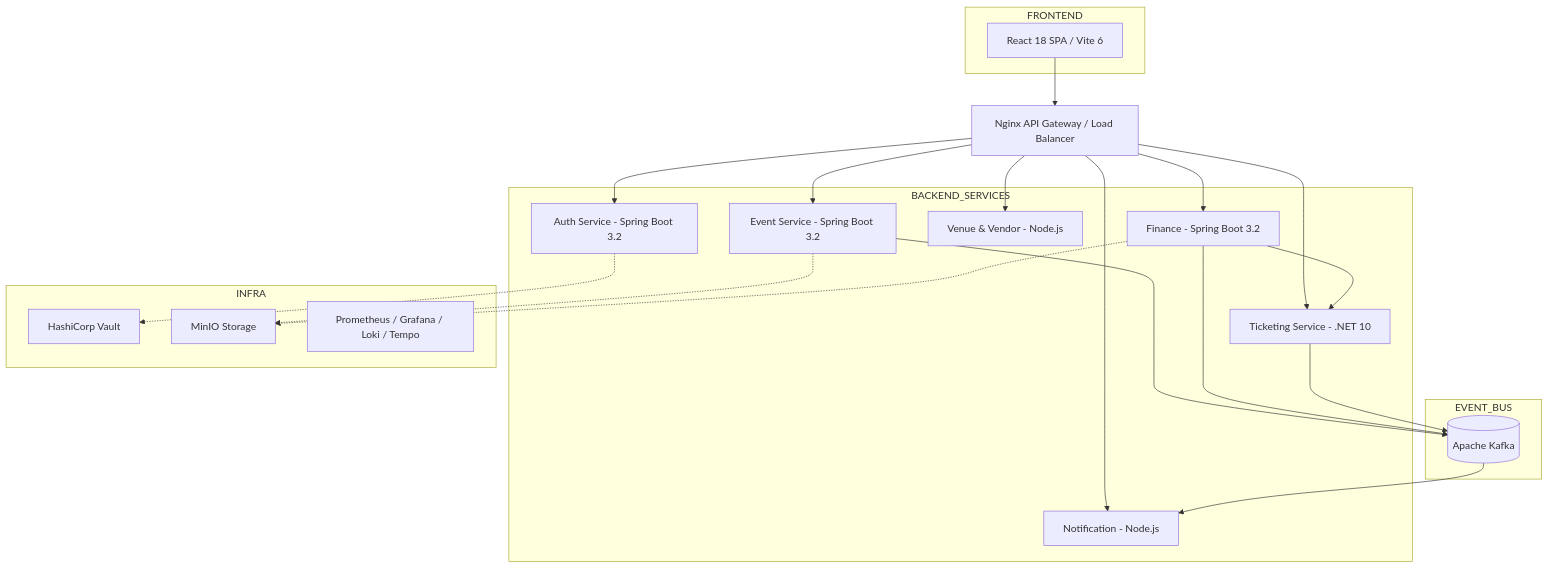
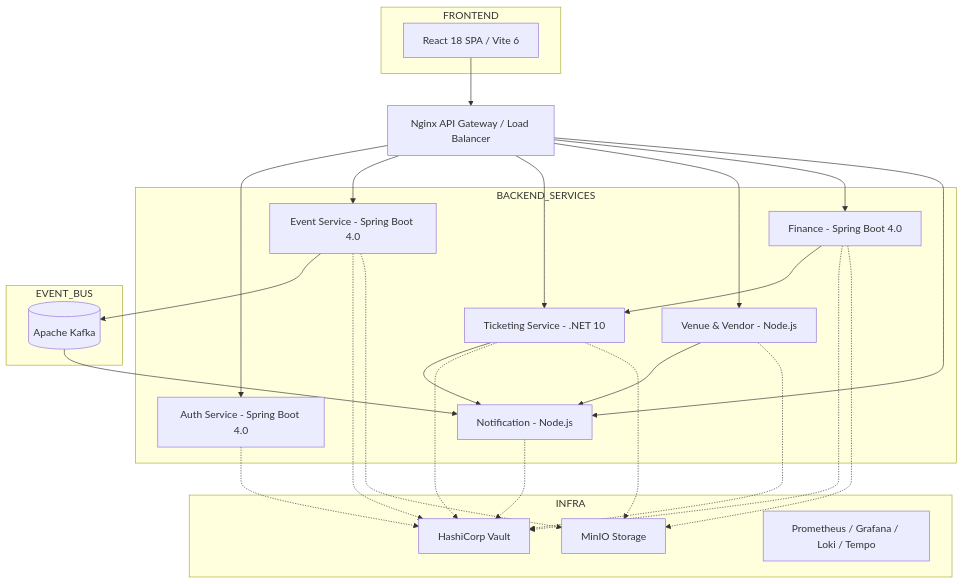
One commit to Mayukh-Haldar/Capstone_Project_Deloitte_CloudThat changed the diagram in README.md. Above: the diagram before and after it, drawn with Mermaid. The commit also changed other lines of this file and 79 other files, not shown here.

Commit message:
docs(README): comprehensive audit — fix test coverage, routes, tech stack, diagram paths & replace UI previews with full collapsible 56-screenshot showcase

````diff
--- a/README.md
+++ b/README.md
@@ -107,44 +107,50 @@
 ```mermaid
 flowchart TB
     subgraph FRONTEND
         A[React 18 SPA / Vite 6]
     end
 
     A --> NGINX[Nginx API Gateway / Load Balancer]
 
     subgraph BACKEND_SERVICES
-        AUTH[Auth Service - Spring Boot 3.2]
-        EV[Event Service - Spring Boot 3.2]
+        AUTH[Auth Service - Spring Boot 4.0]
+        EV[Event Service - Spring Boot 4.0]
         TIC[Ticketing Service - .NET 10]
         VEN[Venue & Vendor - Node.js]
-        FIN[Finance - Spring Boot 3.2]
+        FIN[Finance - Spring Boot 4.0]
         NOT[Notification - Node.js]
     end
 
     NGINX --> AUTH
     NGINX --> EV
     NGINX --> TIC
     NGINX --> VEN
     NGINX --> FIN
     NGINX --> NOT
 
     subgraph EVENT_BUS
         KAFKA[(Apache Kafka)]
     end
 
     subgraph INFRA
         VAULT[HashiCorp Vault]
         MINIO[MinIO Storage]
         MONITOR[Prometheus / Grafana / Loki / Tempo]
     end
 
     EV --> KAFKA
-    FIN --> KAFKA
-    TIC --> KAFKA
     KAFKA --> NOT
     FIN --> TIC
+    TIC --> NOT
+    VEN --> NOT
 
     AUTH -.-> VAULT
+    EV -.-> VAULT
+    FIN -.-> VAULT
+    TIC -.-> VAULT
+    VEN -.-> VAULT
+    NOT -.-> VAULT
     EV -.-> MINIO
     FIN -.-> MINIO
+    TIC -.-> MINIO
 ```
````
